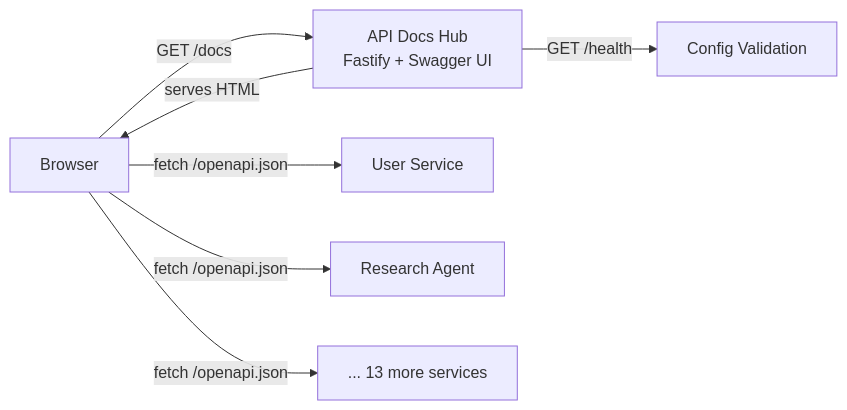
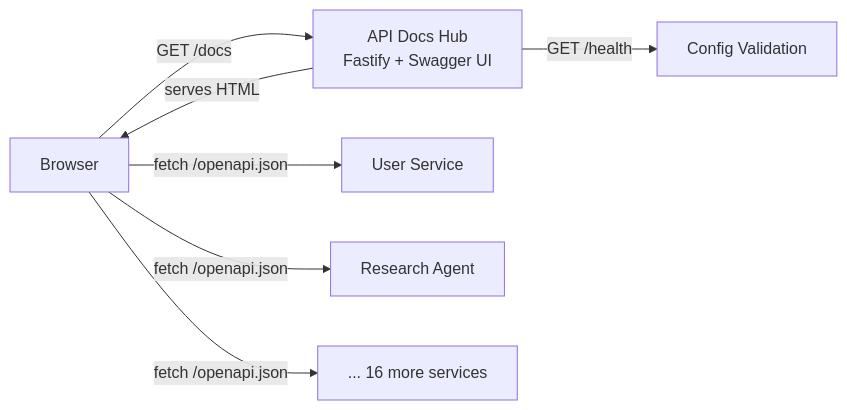
One commit to pbuchman/intexuraos changed the first of 2 diagrams in docs/services/api-docs-hub/technical.md. Above: the diagram before and after it, drawn with Mermaid. The commit also changed other lines of this file and 134 other files, not shown here.

````diff
--- a/docs/services/api-docs-hub/technical.md
+++ b/docs/services/api-docs-hub/technical.md
@@ -11,11 +11,11 @@
 ```mermaid
 graph LR
     Browser[Browser] -->|GET /docs| Hub[API Docs Hub<br>Fastify + Swagger UI]
     Hub -->|serves HTML| Browser
 
     Browser -->|fetch /openapi.json| S1[User Service]
     Browser -->|fetch /openapi.json| S2[Research Agent]
-    Browser -->|fetch /openapi.json| SN[... 13 more services]
+    Browser -->|fetch /openapi.json| SN[... 16 more services]
 
     Hub -->|GET /health| Health[Config Validation]
 ```
````
